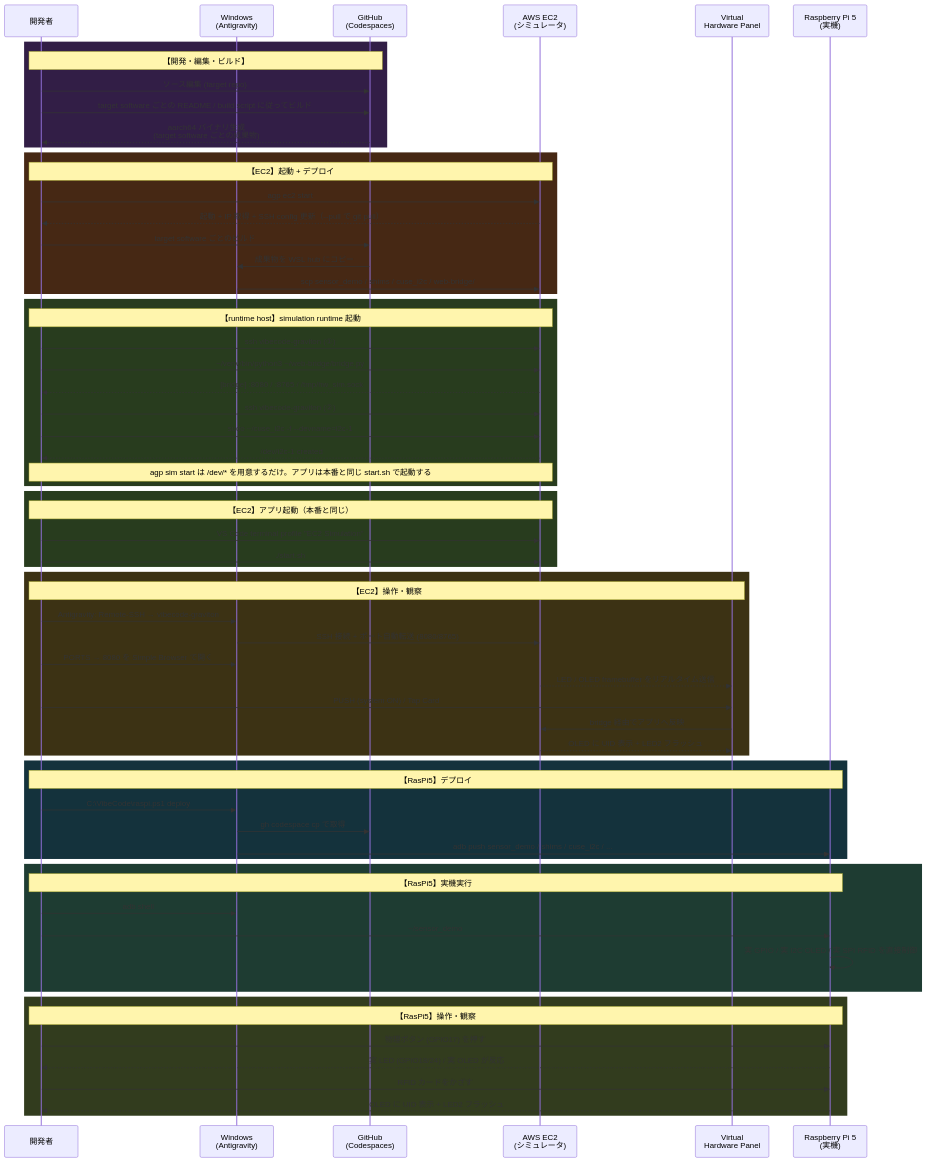
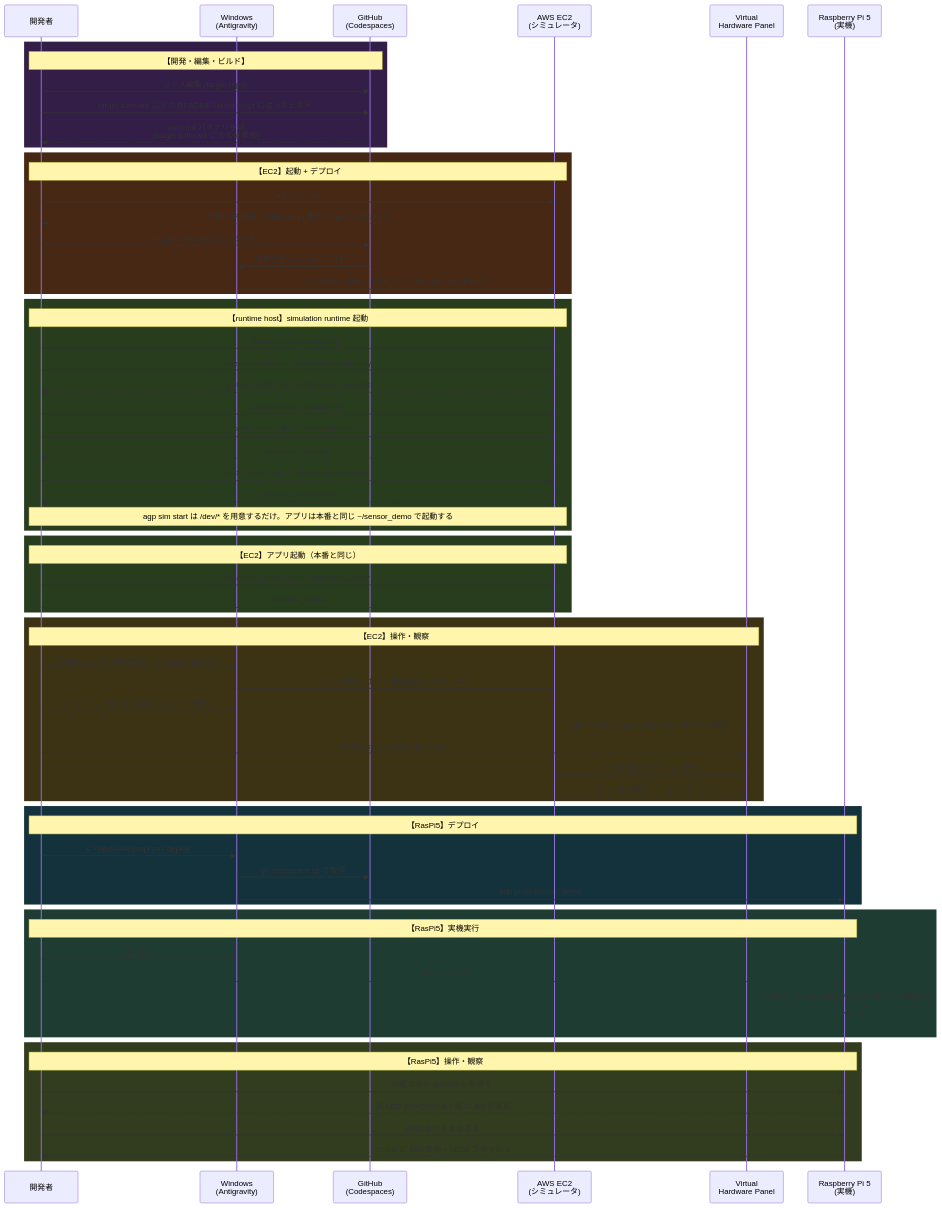
One commit to ThousandsOfTies/GaplessAgentRuntime changed the diagram in docs/02_WORKFLOW.md. Above: the diagram before and after it, drawn with Mermaid. The commit also changed other lines of this file and 10 other files, not shown here.

````diff
--- a/docs/02_WORKFLOW.md
+++ b/docs/02_WORKFLOW.md
@@ -34,75 +34,77 @@
 ```mermaid
 sequenceDiagram
     participant Dev as 開発者
     participant Win as Windows<br/>(Antigravity)
     participant GH as GitHub<br/>(Codespaces)
     participant EC2 as AWS EC2<br/>(シミュレータ)
     participant Panel as Virtual<br/>Hardware Panel
     participant RPi as Raspberry Pi 5<br/>(実機)
 
     rect rgb(50, 30, 70)
         Note over Dev,GH: 【開発・編集・ビルド】
         Dev->>GH: ソース編集 (target repo)
         Dev->>GH: target software ごとの README / build script に従ってビルド
         GH-->>Dev: aarch64 バイナリ生成<br/>(target software ごとの成果物)
     end
 
     rect rgb(70, 40, 20)
         Note over Dev,EC2: 【EC2】起動 + デプロイ
         Dev->>EC2: agp ec2 start
         EC2-->>Dev: 起動 + IP 取得 + SSH config 更新（--pull で git pull）
         Dev->>GH: target software ごとのビルド
         GH->>Win: 成果物を WSL hub にコピー
-        Win->>EC2: scp sensor_demo / shims / cuse_i2c / web-bridge/
+        Win->>EC2: scp sensor_demo / cuse_i2c / cuse_spi / web-bridge/
     end
 
     rect rgb(40, 60, 30)
         Note over Dev,EC2: 【runtime host】simulation runtime 起動
         Dev->>EC2: ssh vibecode-graviton (①)
         Dev->>EC2: ~/venv/bin/python3 ~/web-bridge/bridge.py
         EC2-->>Dev: [bridge] :8080 / :8765 / /tmp/hw_sim.sock
         Dev->>EC2: ssh vibecode-graviton (②)
         Dev->>EC2: sudo ~/cuse_i2c -f --devname=i2c-1
         EC2-->>Dev: /dev/i2c-1 created
-        Note over Dev,EC2: agp sim start は /dev/* を用意するだけ。アプリは本番と同じ start.sh で起動する
+        Dev->>EC2: sudo ~/cuse_spi -f --devname=spidev0.0
+        EC2-->>Dev: /dev/spidev0.0 created
+        Note over Dev,EC2: agp sim start は /dev/* を用意するだけ。アプリは本番と同じ ~/sensor_demo で起動する
     end
 
     rect rgb(40, 60, 30)
         Note over Dev,EC2: 【EC2】アプリ起動（本番と同じ）
         Dev->>EC2: VS Code terminal profile "EC2 Simulation"
-        Dev->>EC2: ./start.sh
+        Dev->>EC2: ~/sensor_demo
     end
 
     rect rgb(60, 50, 20)
         Note over Dev,Panel: 【EC2】操作・観察
         Dev->>Win: Antigravity: Remote-SSH → vibecode-graviton
         Win->>EC2: SSH 接続 + ポート自動転送 (8080/8765)
         Dev->>Win: PORTS → 8080 を Simple Browser で開く
         EC2-->>Panel: LED / OLED framebuffer をリアルタイム送信
         Dev->>Panel: PUSH (system ON) / Tap Card
         Panel->>EC2: bridge 経由でアプリへ反映
         EC2-->>Panel: OLED に UID 表示 + LED2 フラッシュ
     end
 
     rect rgb(20, 50, 60)
         Note over Dev,RPi: 【RasPi5】デプロイ
         Dev->>Win: C:\VibeCode\raspi.ps1 deploy
         Win->>GH: gh codespace cp で取得
-        Win->>RPi: adb push sensor_demo / shims / cuse_i2c / ...
+        Win->>RPi: adb push sensor_demo
     end
 
     rect rgb(30, 60, 50)
         Note over Dev,RPi: 【RasPi5】実機実行
         Dev->>Win: adb shell
         Dev->>RPi: ~/sensor_demo
         RPi->>RPi: 実 GPIO / 実 I2C OLED / 実 SPI RFID を直接制御
     end
 
     rect rgb(50, 60, 30)
         Note over Dev,RPi: 【RasPi5】操作・観察
         Dev->>RPi: 物理ボタン (GPIO17) を押す
         RPi-->>Dev: 実 LED (GPIO18/24) / 実 OLED が反応
         Dev->>RPi: RFID カードをかざす
         RPi-->>Dev: OLED に UID 表示 + LED2 フラッシュ
     end
 ```
````
